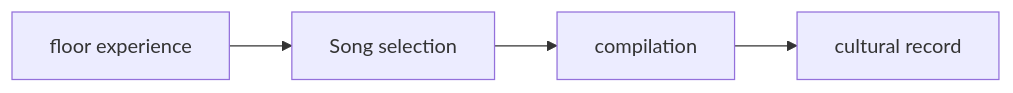
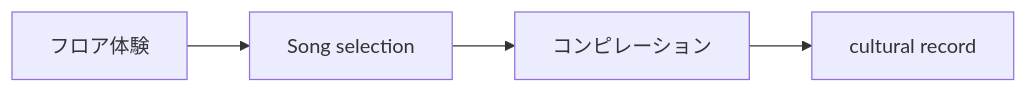
Before and after one commit to monumental-movement/monumental-movement.github.io: the third of 4 diagrams in en/_posts/2026-02-27-column-Nick Hoppner.md, drawn with Mermaid. The commit also changed other lines of this file and 2196 other files, not shown here.

```diff
--- a/en/_posts/2026-02-27-column-Nick Hoppner.md
+++ b/en/_posts/2026-02-27-column-Nick Hoppner.md
@@ -132,6 +131,6 @@
 <div class="mermaid">
 graph LR
-A[floor experience] --> B[Song selection]
-B --> C[compilation]
+A[フロア体験] --> B[Song selection]
+B --> C[コンピレーション]
 C --> D[cultural record]
 </div>
```
